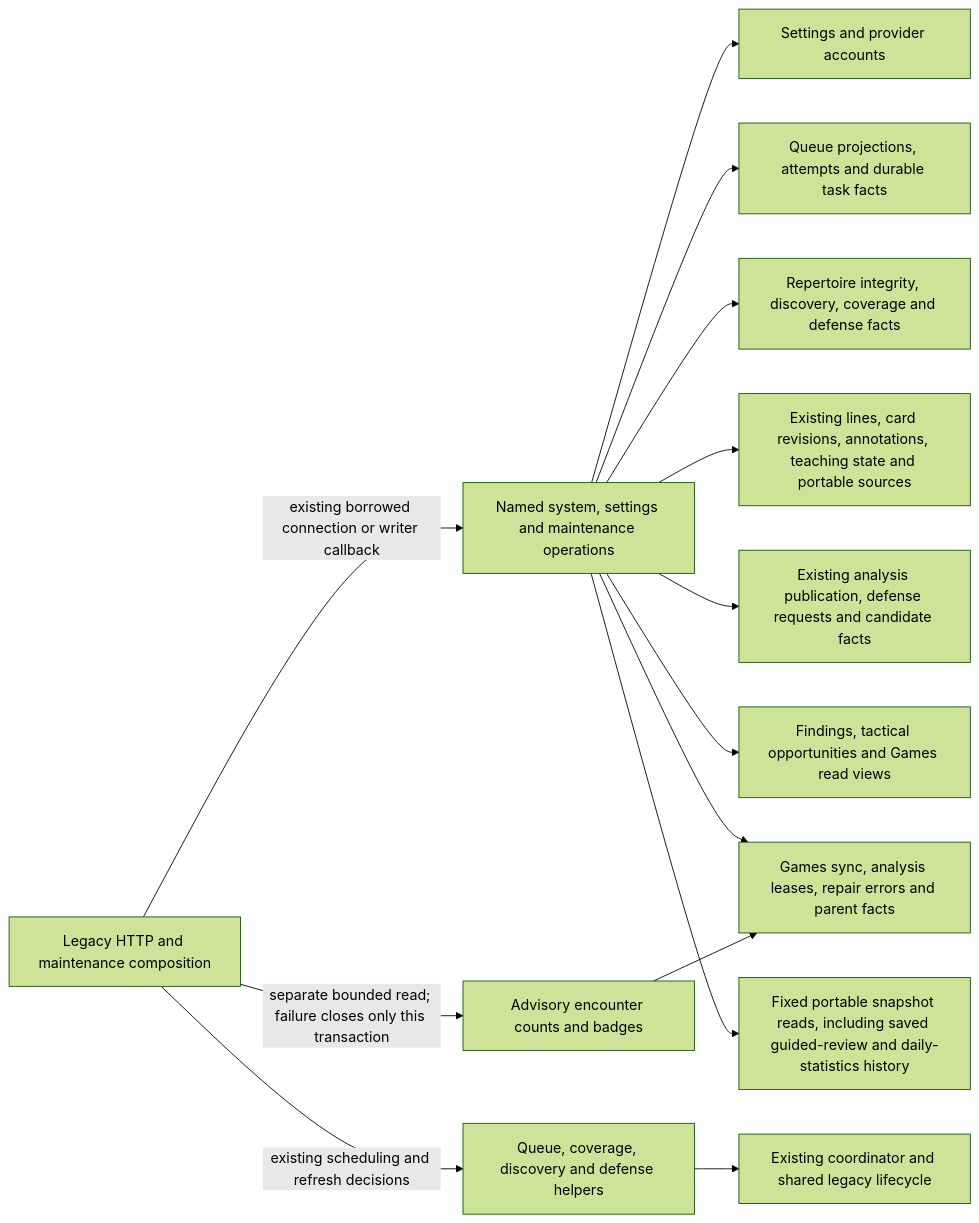
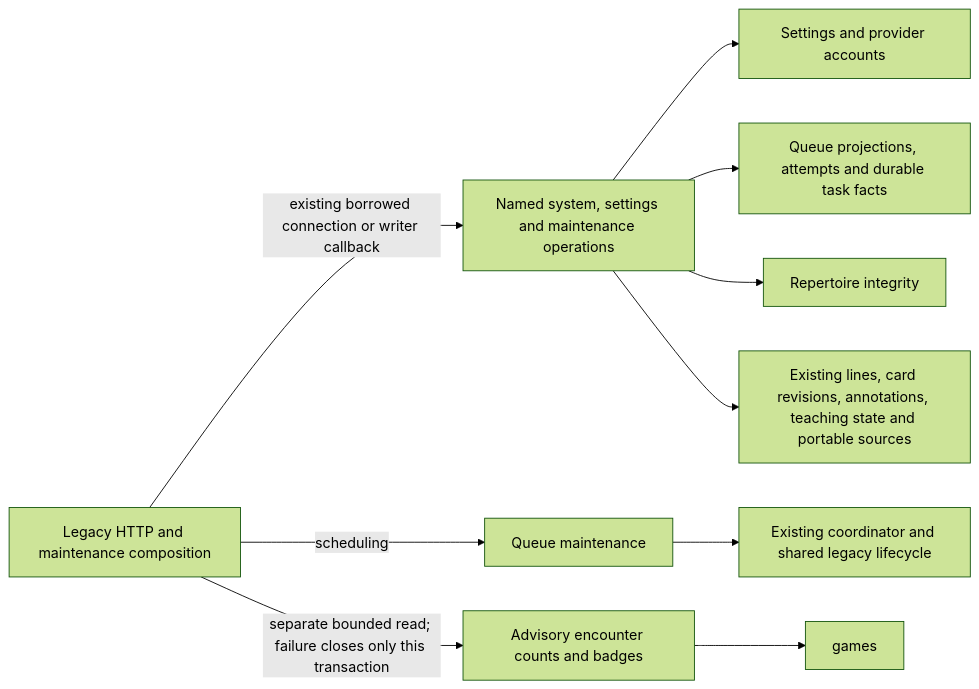
Before and after one commit to aaweaver-actuary/tempo: the first of 3 diagrams in database/tempo_legacy_database/adapters/http_composition/README.md, drawn with Mermaid (forest theme). The commit also changed other lines of this file and 402 other files, not shown here.

````diff
--- a/database/tempo_legacy_database/adapters/http_composition/README.md
+++ b/database/tempo_legacy_database/adapters/http_composition/README.md
@@ -23,16 +18,12 @@
 ```mermaid
 flowchart LR
   http[Legacy HTTP and maintenance composition] -->|existing borrowed connection or writer callback| store[Named system, settings and maintenance operations]
-  http -->|existing scheduling and refresh decisions| jobs[Queue, coverage, discovery and defense helpers]
+  http -->|scheduling| jobs[Queue maintenance]
   store --> settings[Settings and provider accounts]
   store --> queue[Queue projections, attempts and durable task facts]
   http -->|separate bounded read; failure closes only this transaction| badges[Advisory encounter counts and badges]
   badges --> games
-  store --> source[Repertoire integrity, discovery, coverage and defense facts]
+  store --> source[Repertoire integrity]
   store --> authoring[Existing lines, card revisions, annotations, teaching state and portable sources]
-  store --> games[Games sync, analysis leases, repair errors and parent facts]
-  store --> publication[Existing analysis publication, defense requests and candidate facts]
-  store --> projections["Findings, tactical opportunities and Games read views"]
-  store --> snapshots["Fixed portable snapshot reads, including saved guided-review and daily-statistics history"]
   jobs --> lifecycle[Existing coordinator and shared legacy lifecycle]
 ```
````
